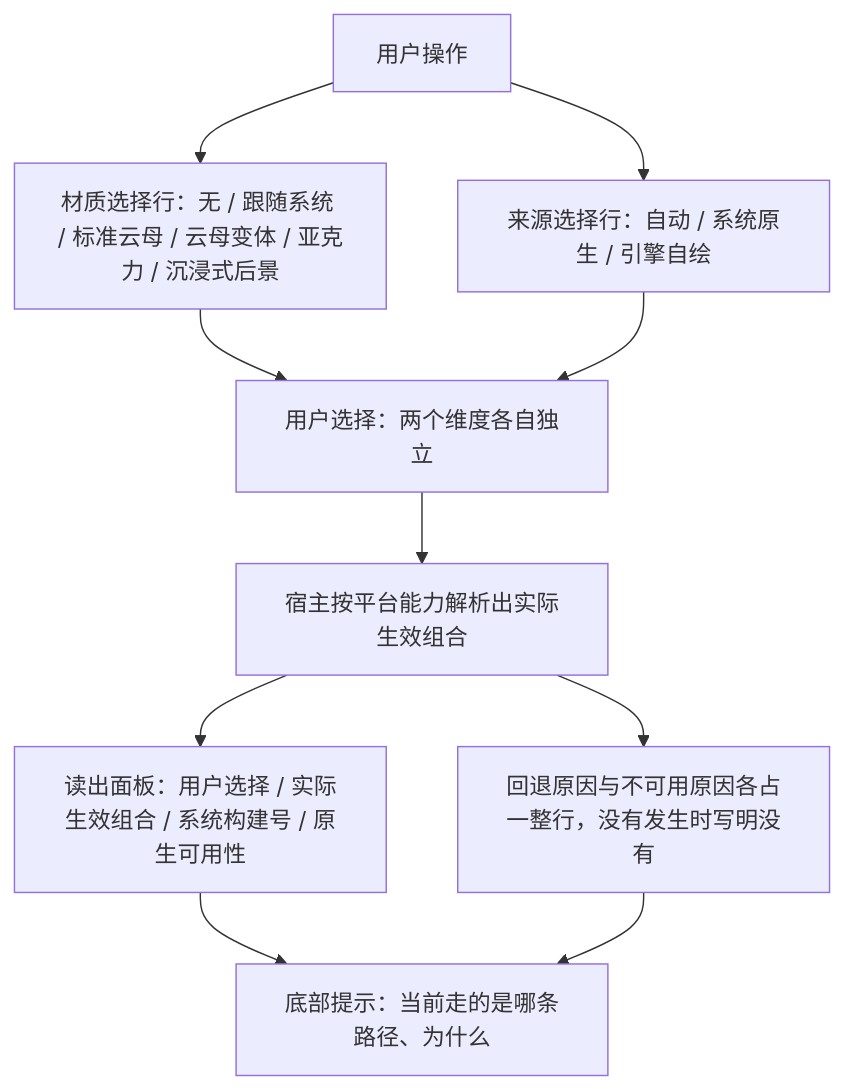
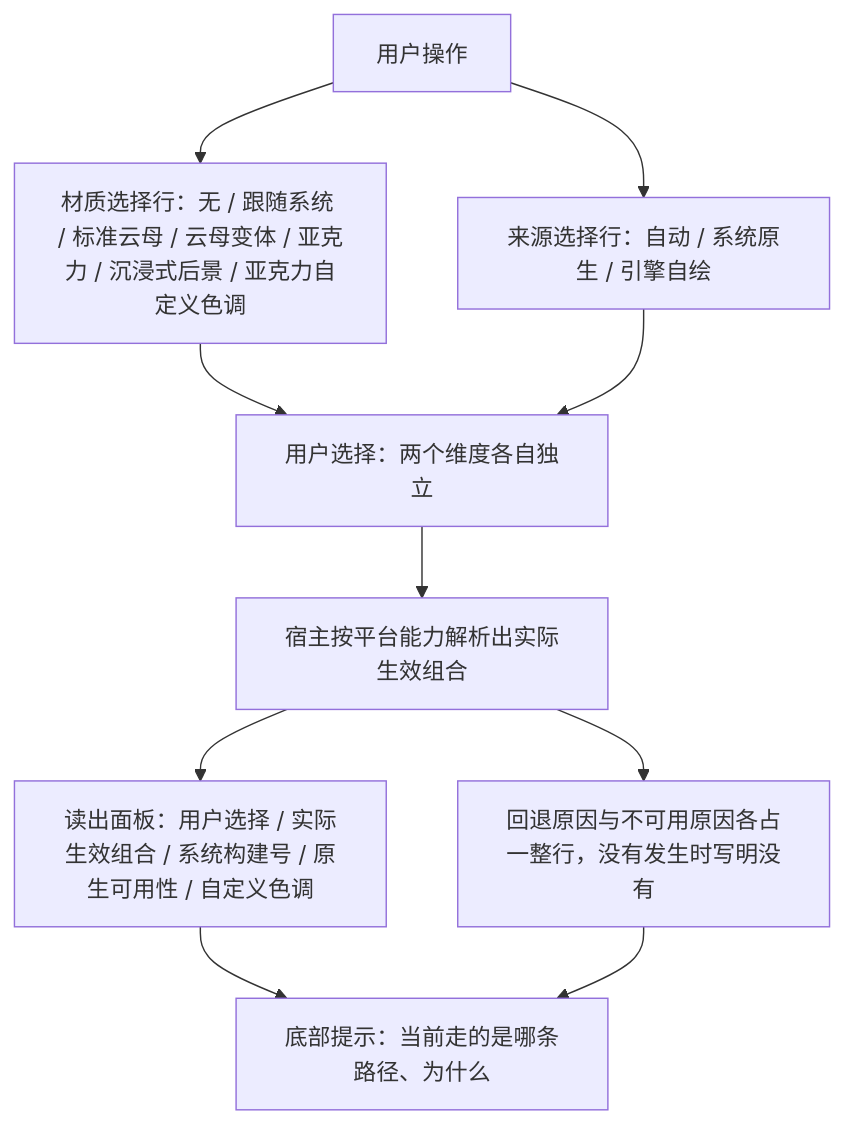
The third of 4 diagrams in docs/architecture/03-扩展系统（subsystems）/平台与窗口集成（platform-integration）.md (pengjiaxusz/unbound-ui), drawn with Mermaid before and after one commit. The commit also changed other lines of this file and 20 other files, not shown here.

````diff
--- a/docs/architecture/03-扩展系统（subsystems）/平台与窗口集成（platform-integration）.md
+++ b/docs/architecture/03-扩展系统（subsystems）/平台与窗口集成（platform-integration）.md
@@ -96,12 +98,12 @@
 ```mermaid
 flowchart TB
-    User["用户操作"] --> Row1["材质选择行：无 / 跟随系统 / 标准云母 / 云母变体 / 亚克力 / 沉浸式后景"]
+    User["用户操作"] --> Row1["材质选择行：无 / 跟随系统 / 标准云母 / 云母变体 / 亚克力 / 沉浸式后景 / 亚克力自定义色调"]
     User --> Row2["来源选择行：自动 / 系统原生 / 引擎自绘"]
     Row1 --> Choice["用户选择：两个维度各自独立"]
     Row2 --> Choice
     Choice --> Resolve["宿主按平台能力解析出实际生效组合"]
-    Resolve --> Readout["读出面板：用户选择 / 实际生效组合 / 系统构建号 / 原生可用性"]
+    Resolve --> Readout["读出面板：用户选择 / 实际生效组合 / 系统构建号 / 原生可用性 / 自定义色调"]
     Resolve --> Why["回退原因与不可用原因各占一整行，没有发生时写明没有"]
     Readout --> Hint["底部提示：当前走的是哪条路径、为什么"]
     Why --> Hint
 ```
````
